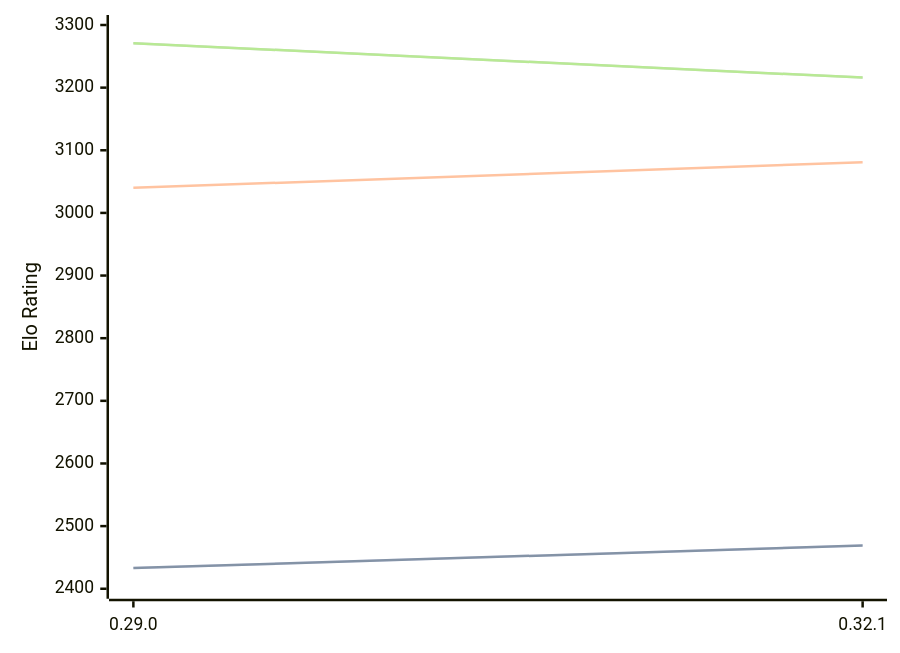
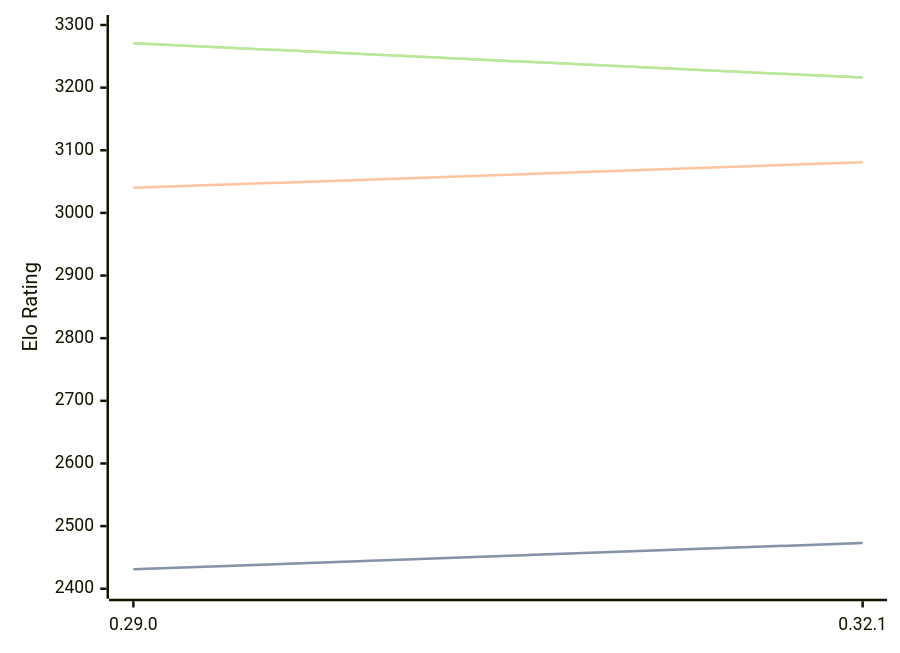
Before and after one commit to computer-chess-index/cci: the diagram in engines/Lc0.md, drawn with Mermaid. The commit also changed other lines of this file, not shown here.

````diff
--- a/engines/Lc0.md
+++ b/engines/Lc0.md
@@ -66,11 +66,11 @@
 ```mermaid
 %%{init: {"theme":"base","themeVariables":{"seriesColors:['#a3a3a3','#222221','#faa371']}}}%%
 xychart-beta
   x-axis ["0.29.0", "0.32.1"]
   y-axis "Elo Rating" 2400 --> 3300
-  line "STC (8.0+0.08s)" [2433, 2469]
-  line "STC (8.0+0.08s)" [2433, 2469]
+  line "STC (8.0+0.08s)" [2431, 2473]
+  line "STC (8.0+0.08s)" [2431, 2473]
   line "LTC (60.0+0.60s)" [3040, 3081]
   line "VLTC (2m24s+1.12s)" [3271, 3216]
   line "VLTC (2m24s+1.12s)" [3271, 3216]
 ```
````
